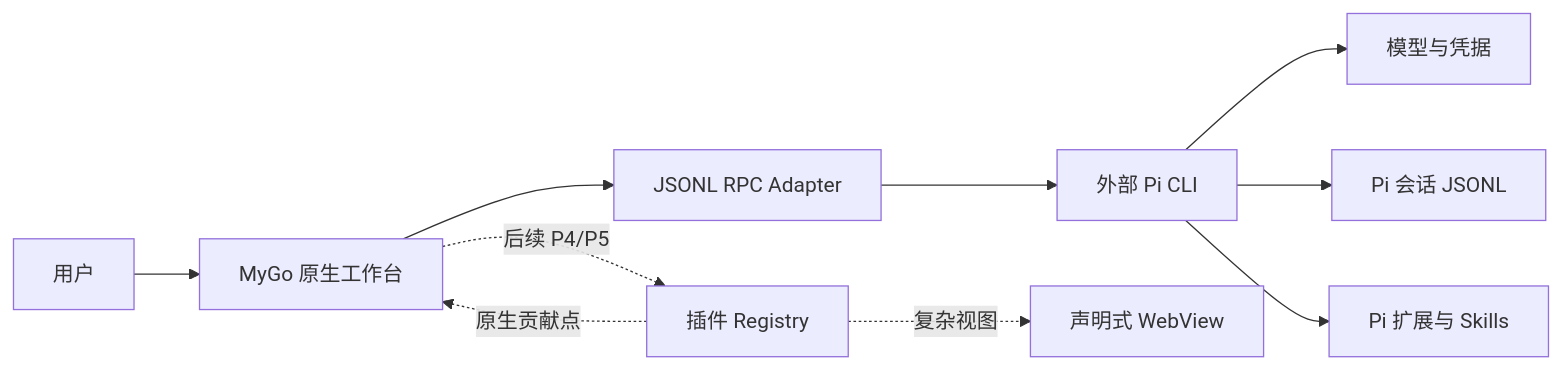
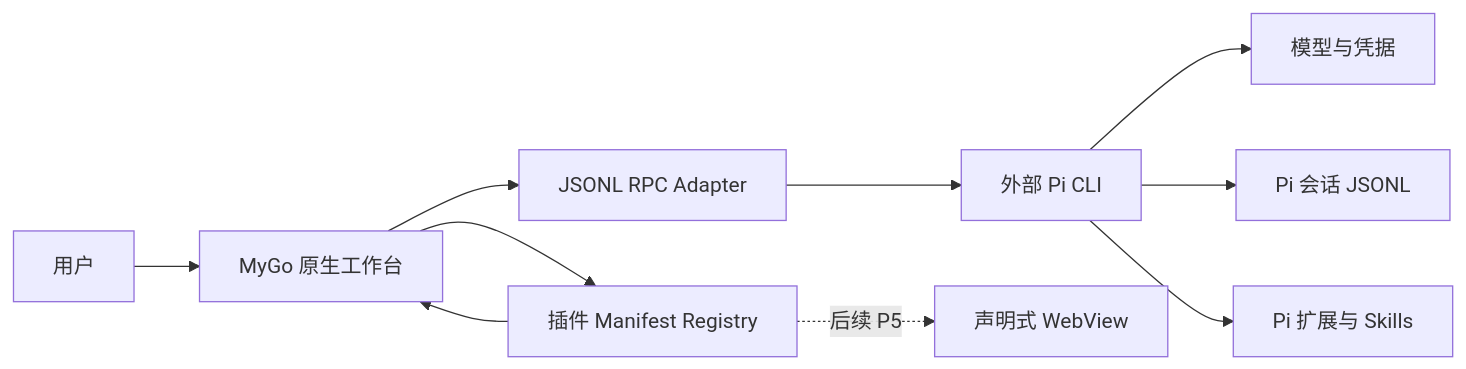
Before and after one commit to lexleizou/byop: the diagram in README.md, drawn with Mermaid. The commit also changed other lines of this file and 10 other files, not shown here.

Commit message:
feat: add plugin manifest registry

````diff
--- a/README.md
+++ b/README.md
@@ -47,12 +54,12 @@
 ```mermaid
 flowchart LR
     U[用户] --> UI[MyGo 原生工作台]
     UI --> RPC[JSONL RPC Adapter]
     RPC --> P[外部 Pi CLI]
     P --> M[模型与凭据]
     P --> S[Pi 会话 JSONL]
     P --> X[Pi 扩展与 Skills]
-    UI -. 后续 P4/P5 .-> G[插件 Registry]
-    G -. 原生贡献点 .-> UI
-    G -. 复杂视图 .-> W[声明式 WebView]
+    UI --> G[插件 Manifest Registry]
+    G --> UI
+    G -. 后续 P5 .-> W[声明式 WebView]
 ```
````
